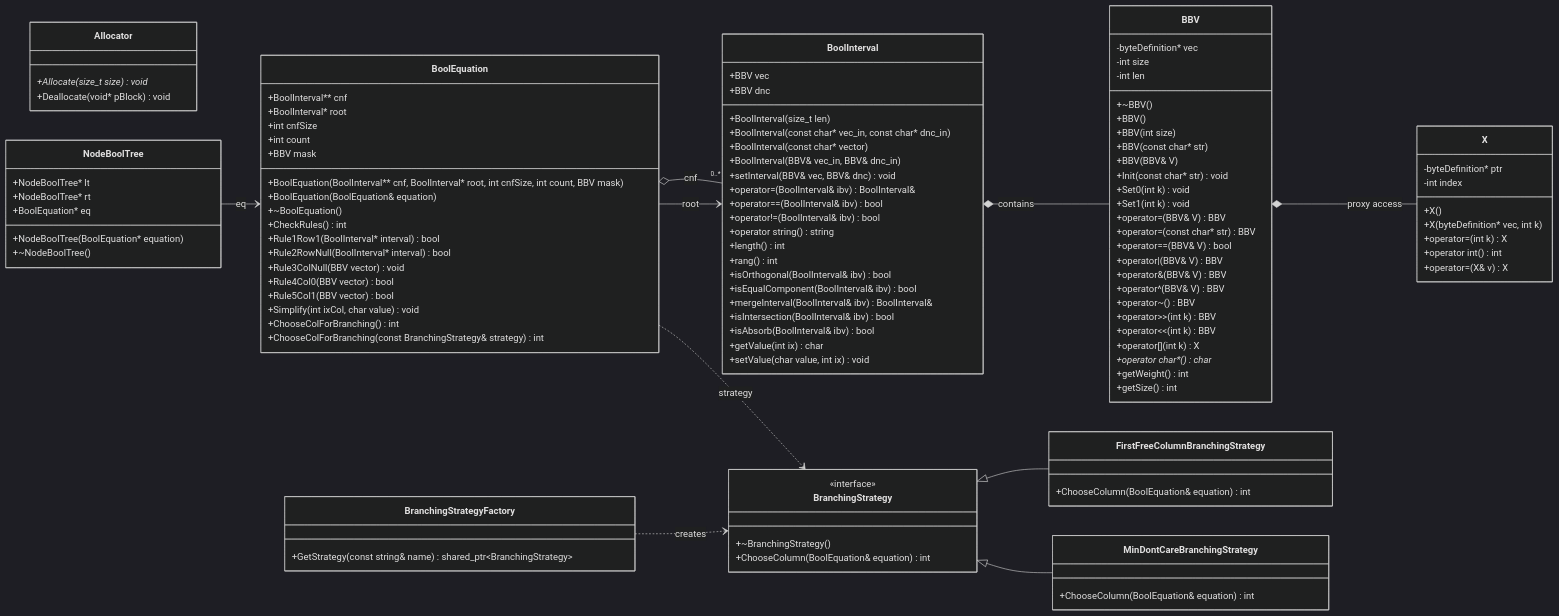
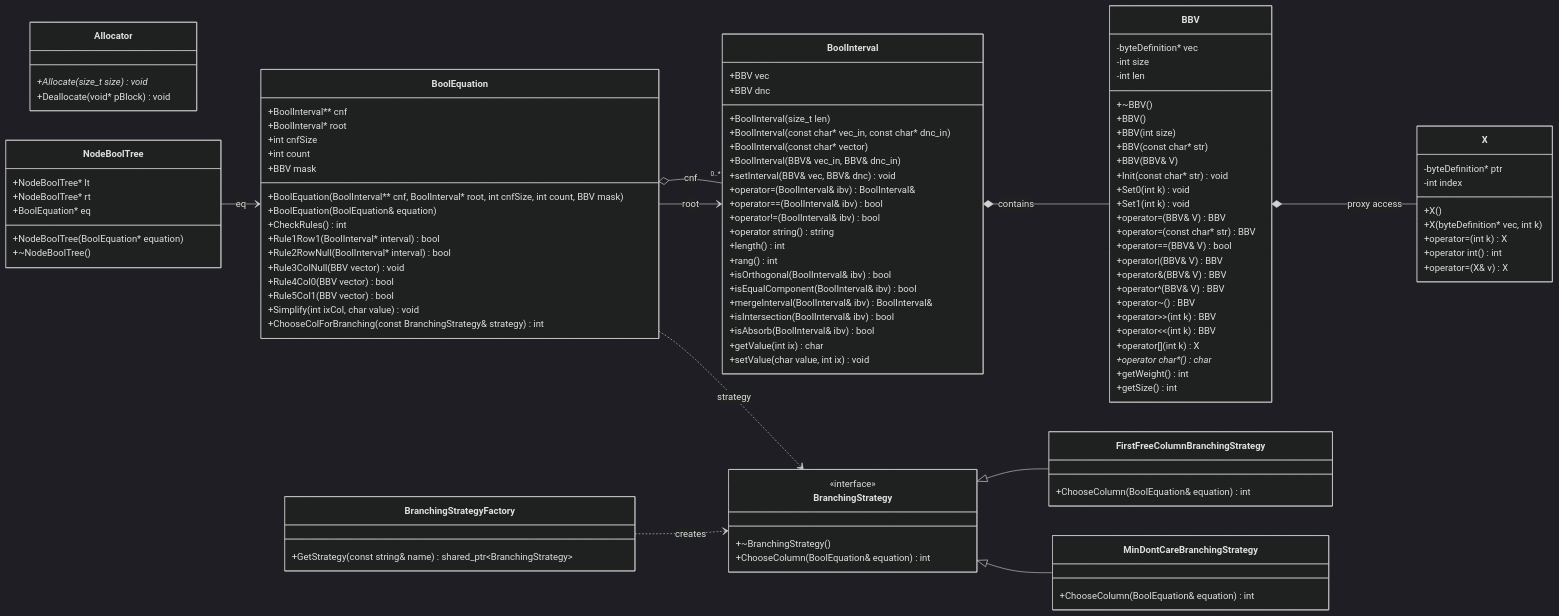
One commit to artoshechka/development_of_information_security_tools_lab_2 changed the diagram in README.md. Above: the diagram before and after it, drawn with Mermaid (dark theme). The commit also changed 8 other files, not shown here.

```diff
--- a/README.md
+++ b/README.md
@@ -88,7 +88,6 @@
 	+BBV mask
 	+BoolEquation(BoolInterval** cnf, BoolInterval* root, int cnfSize, int count, BBV mask)
 	+BoolEquation(BoolEquation& equation)
-	+~BoolEquation()
 	+CheckRules() int
 	+Rule1Row1(BoolInterval* interval) bool
 	+Rule2RowNull(BoolInterval* interval) bool
@@ -96,7 +95,6 @@
 	+Rule4Col0(BBV vector) bool
 	+Rule5Col1(BBV vector) bool
 	+Simplify(int ixCol, char value) void
-	+ChooseColForBranching() int
 	+ChooseColForBranching(const BranchingStrategy& strategy) int
 }
 class BranchingStrategy {
```
